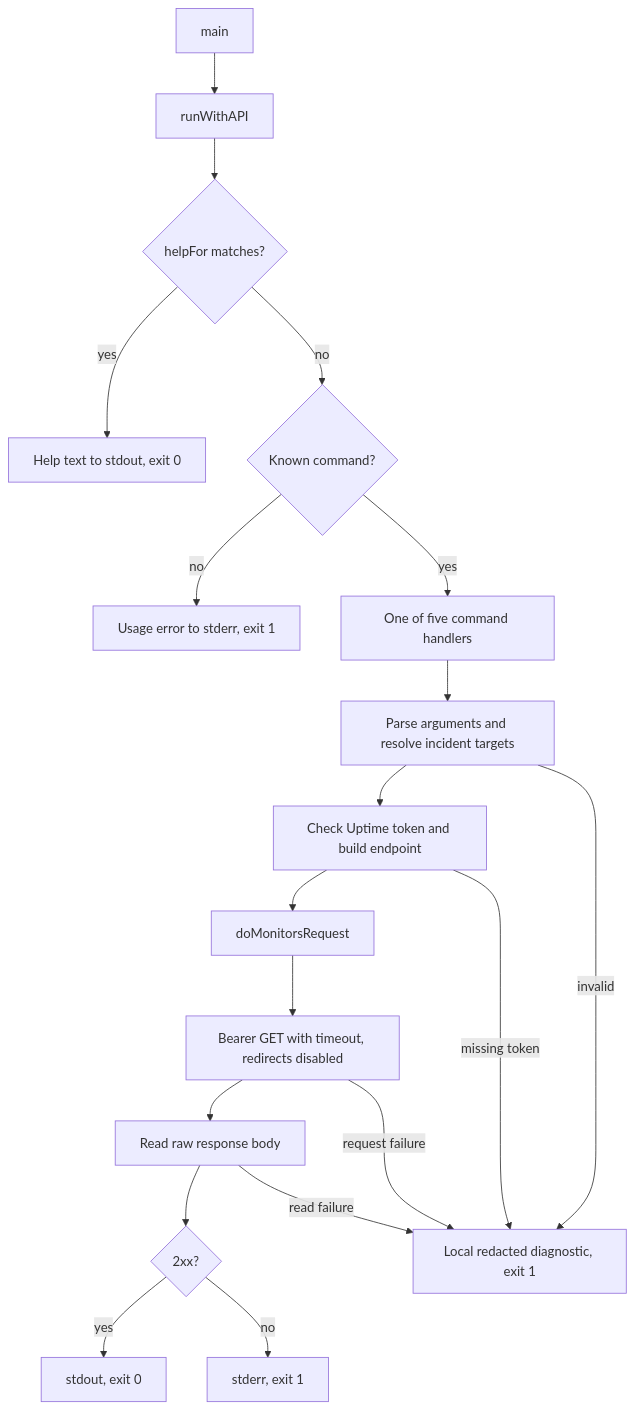
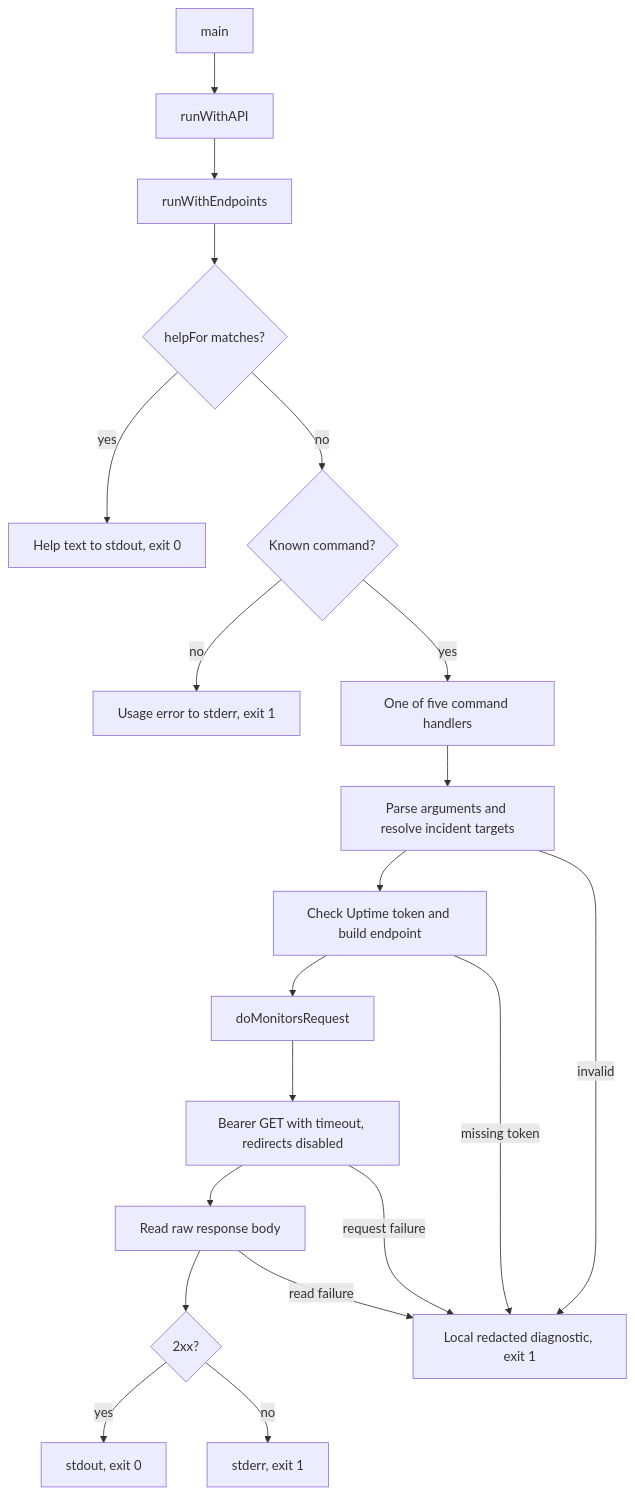
One commit to jrswab/betterstack-cli changed the diagram in .mem/uptime/summary.md. Above: the diagram before and after it, drawn with Mermaid. The commit also changed other lines of this file and 12 other files, not shown here.

````diff
--- a/.mem/uptime/summary.md
+++ b/.mem/uptime/summary.md
@@ -5,21 +5,22 @@
 ```mermaid
 flowchart TD
     Main[main] --> Router[runWithAPI]
-    Router --> Help{helpFor matches?}
+    Router --> Endpoints[runWithEndpoints]
+    Endpoints --> Help{helpFor matches?}
     Help -->|yes| Text[Help text to stdout, exit 0]
     Help -->|no| Route{Known command?}
     Route -->|no| Usage[Usage error to stderr, exit 1]
     Route -->|yes| Handler[One of five command handlers]
     Handler --> Validate[Parse arguments and resolve incident targets]
     Validate --> Credential[Check Uptime token and build endpoint]
     Credential --> Request[doMonitorsRequest]
     Request --> GET[Bearer GET with timeout, redirects disabled]
     GET --> Body[Read raw response body]
     Body --> Status{2xx?}
     Status -->|yes| Success[stdout, exit 0]
     Status -->|no| Failure[stderr, exit 1]
     Validate -->|invalid| Error[Local redacted diagnostic, exit 1]
     Credential -->|missing token| Error
     GET -->|request failure| Error
     Body -->|read failure| Error
 ```
````
